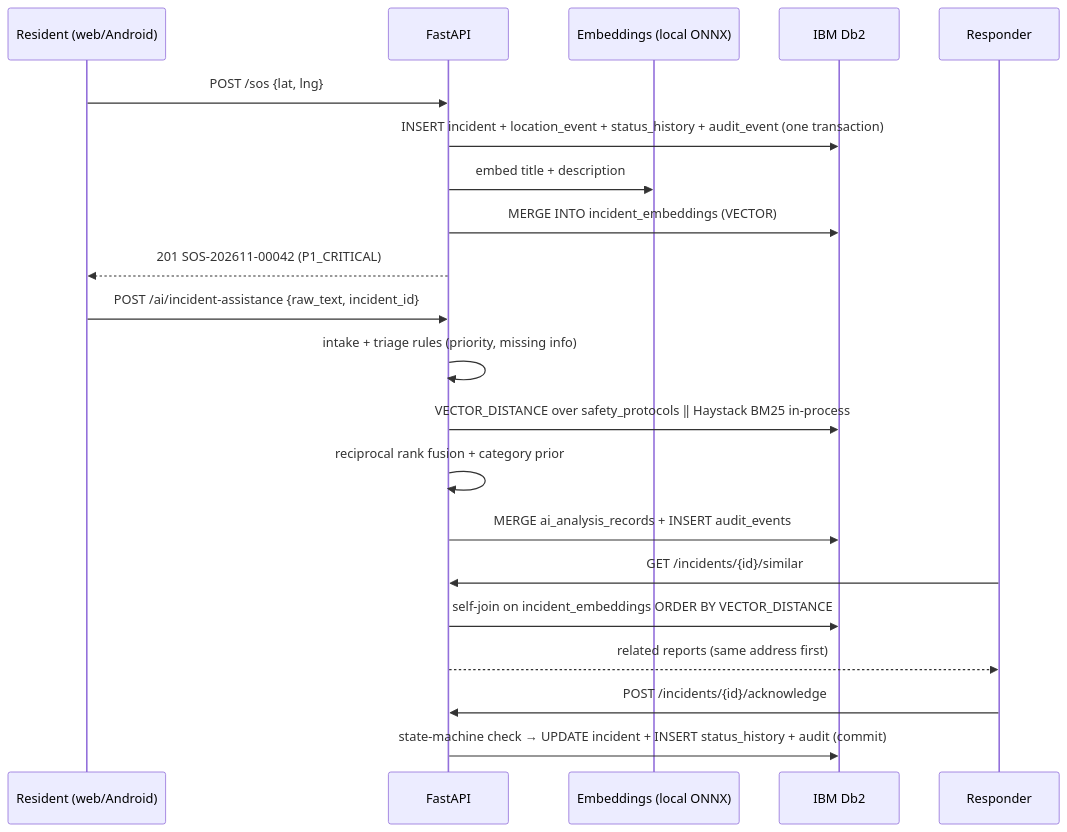
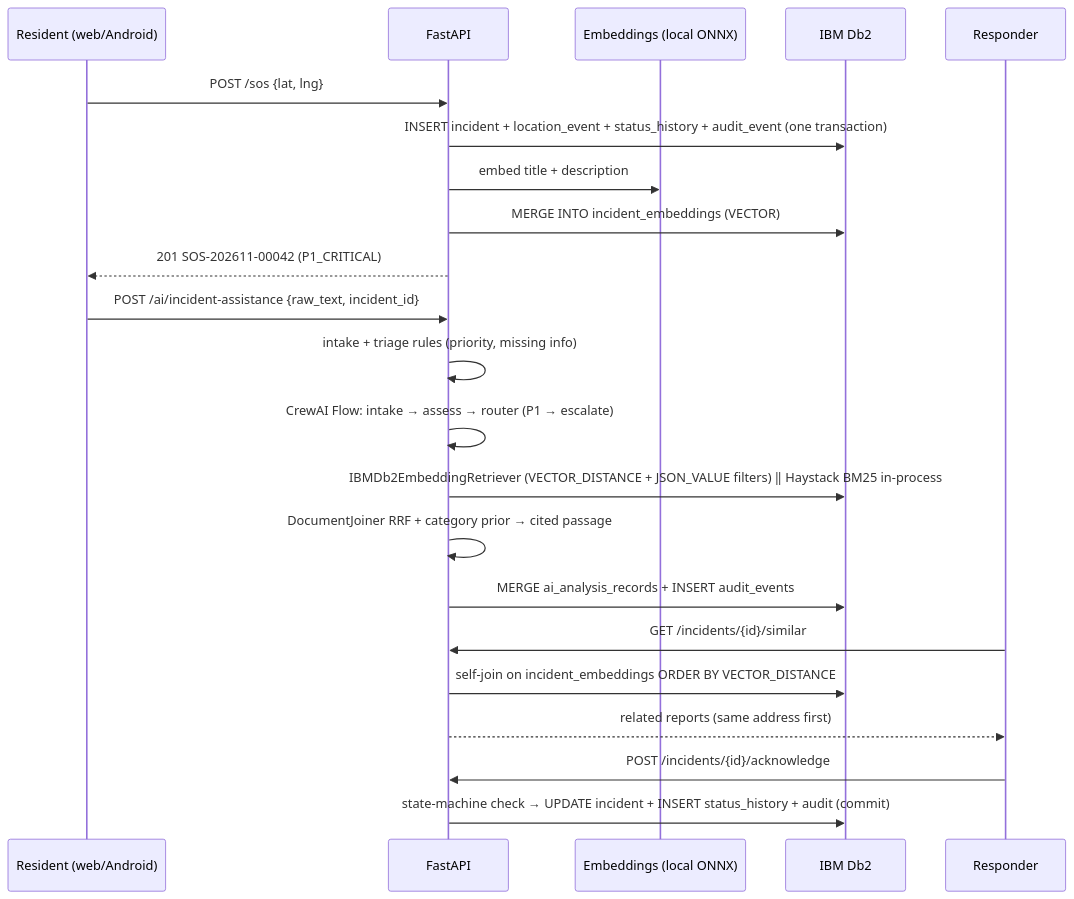
One commit to KunalGolaIBM/IBM_Db2_TechX_Project_Submission changed the second of 2 diagrams in submissions/neighbourhood-safety-intelligence-network/architecture.md. Above: the diagram before and after it, drawn with Mermaid. The commit also changed other lines of this file and 2 other files, not shown here.

First line of the commit message:
docs(neighbourhood-safety-intelligence-network): document Haystack hybrid retrieval, IBM Db2 Haystack store and CrewAI flow

````diff
--- a/submissions/neighbourhood-safety-intelligence-network/architecture.md
+++ b/submissions/neighbourhood-safety-intelligence-network/architecture.md
@@ -47,24 +48,25 @@
 ```mermaid
 sequenceDiagram
     participant R as Resident (web/Android)
     participant A as FastAPI
     participant V as Embeddings (local ONNX)
     participant D as IBM Db2
     participant Q as Responder
 
     R->>A: POST /sos {lat, lng}
     A->>D: INSERT incident + location_event + status_history + audit_event (one transaction)
     A->>V: embed title + description
     A->>D: MERGE INTO incident_embeddings (VECTOR)
     A-->>R: 201 SOS-202611-00042 (P1_CRITICAL)
     R->>A: POST /ai/incident-assistance {raw_text, incident_id}
     A->>A: intake + triage rules (priority, missing info)
-    A->>D: VECTOR_DISTANCE over safety_protocols  ‖  Haystack BM25 in-process
-    A->>A: reciprocal rank fusion + category prior
+    A->>A: CrewAI Flow: intake → assess → router (P1 → escalate)
+    A->>D: IBMDb2EmbeddingRetriever (VECTOR_DISTANCE + JSON_VALUE filters)  ‖  Haystack BM25 in-process
+    A->>A: DocumentJoiner RRF + category prior → cited passage
     A->>D: MERGE ai_analysis_records + INSERT audit_events
     Q->>A: GET /incidents/{id}/similar
     A->>D: self-join on incident_embeddings ORDER BY VECTOR_DISTANCE
     A-->>Q: related reports (same address first)
     Q->>A: POST /incidents/{id}/acknowledge
     A->>D: state-machine check → UPDATE incident + INSERT status_history + audit (commit)
 ```
````
